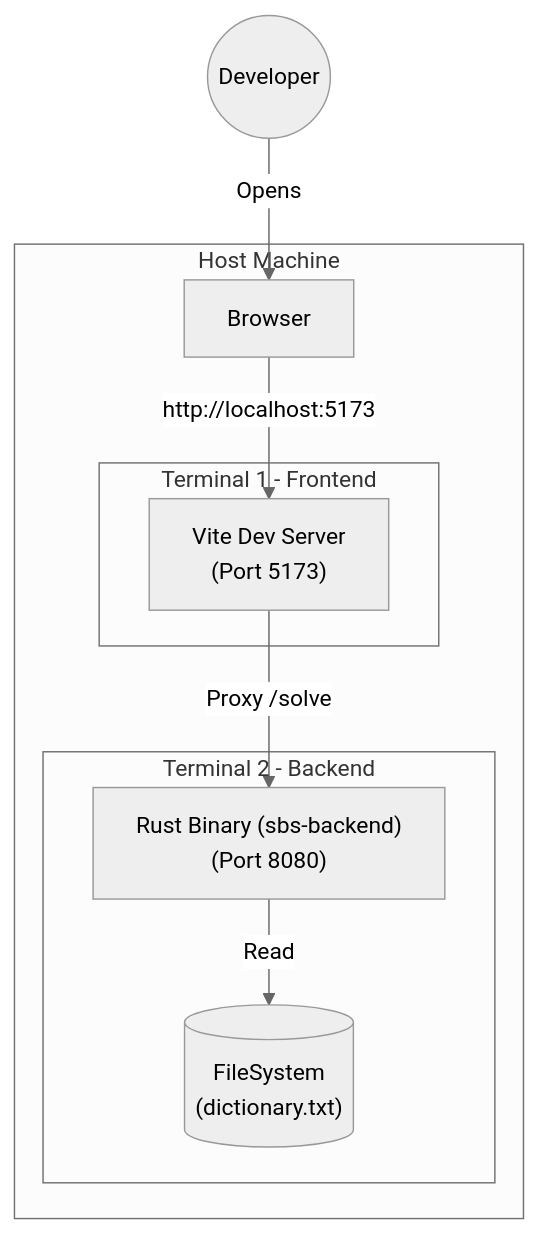
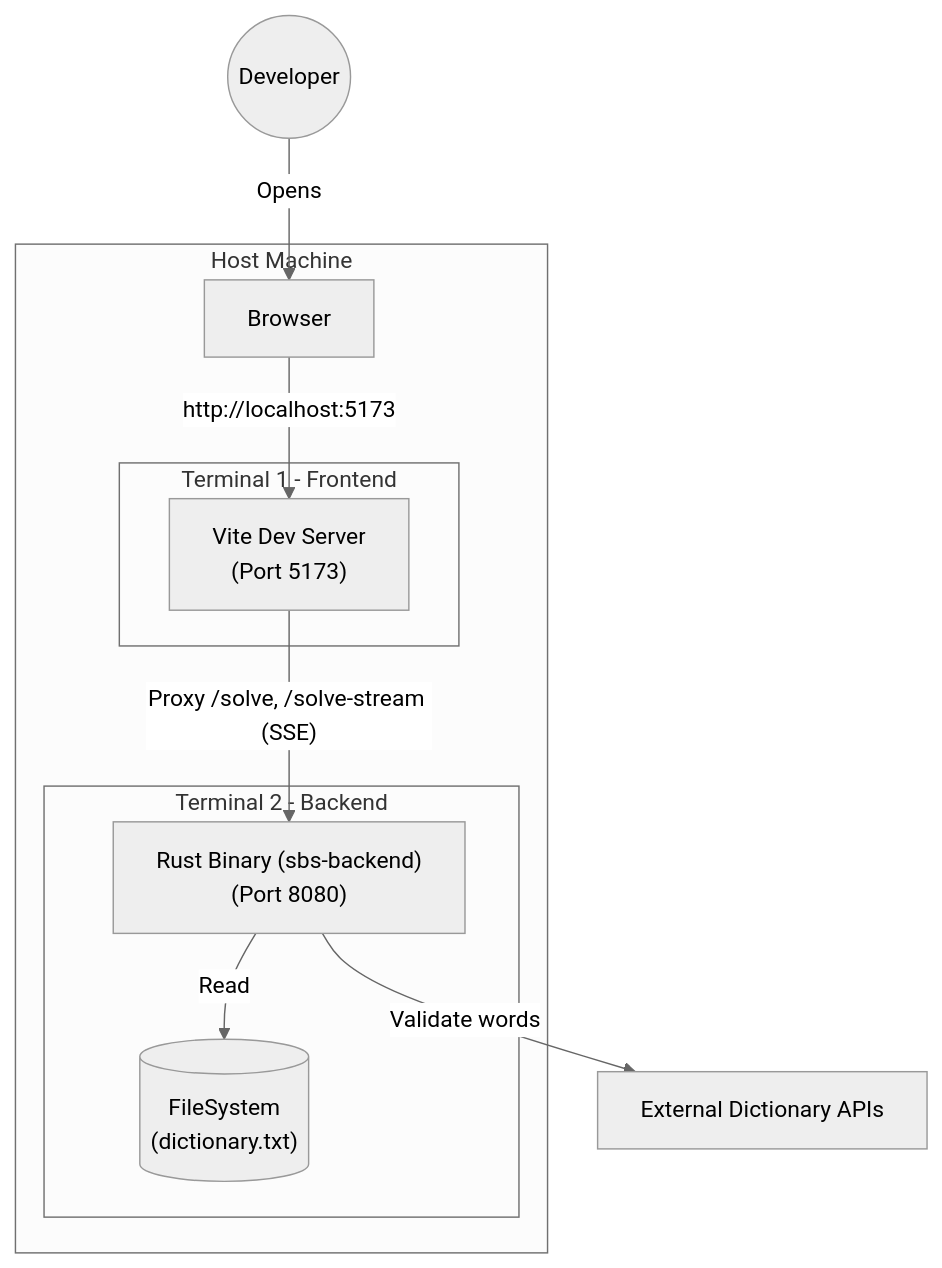
The diagram in architecture/native.mmd (wkusnierczyk/spelling-bee-solver), drawn with Mermaid (neutral theme) before and after one commit. The commit also changed 6 other files, not shown here.

First line of the commit message:
Update architecture diagrams and nginx configs for SSE

```diff
--- a/architecture/native.mmd
+++ b/architecture/native.mmd
@@ -1,20 +1,23 @@
 graph TD
     User((Developer))
-    
+
     subgraph "Host Machine"
         Browser[Browser]
-        
+
         subgraph "Terminal 1 - Frontend"
             ReactDev["Vite Dev Server<br/>(Port 5173)"]
         end
-        
+
         subgraph "Terminal 2 - Backend"
             RustBinary["Rust Binary (sbs-backend)<br/>(Port 8080)"]
             FileSys[("FileSystem<br/>(dictionary.txt)")]
         end
     end
 
+    ExternalAPIs["External Dictionary APIs"]
+
     User -->|Opens| Browser
     Browser -->|http://localhost:5173| ReactDev
-    ReactDev -->|Proxy /solve| RustBinary
+    ReactDev -->|"Proxy /solve, /solve-stream (SSE)"| RustBinary
     RustBinary -->|Read| FileSys
+    RustBinary -->|Validate words| ExternalAPIs
```
